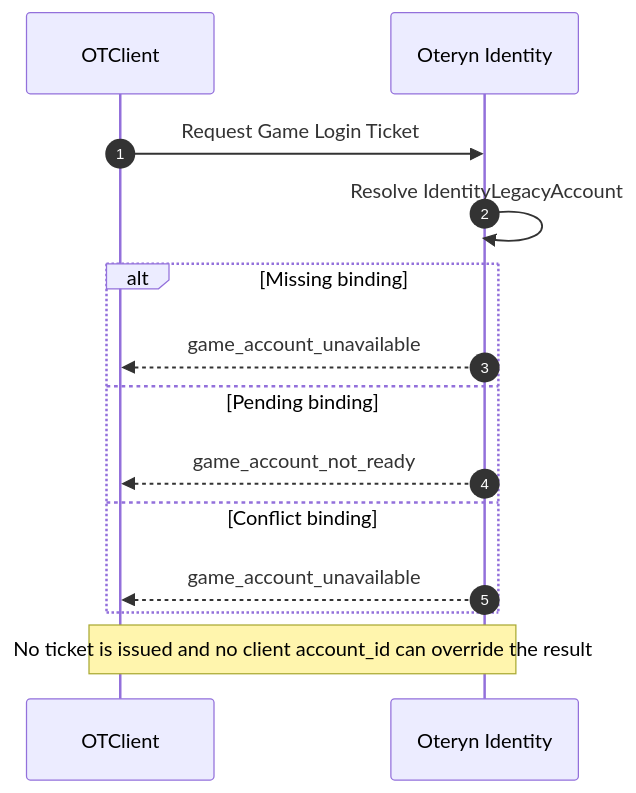
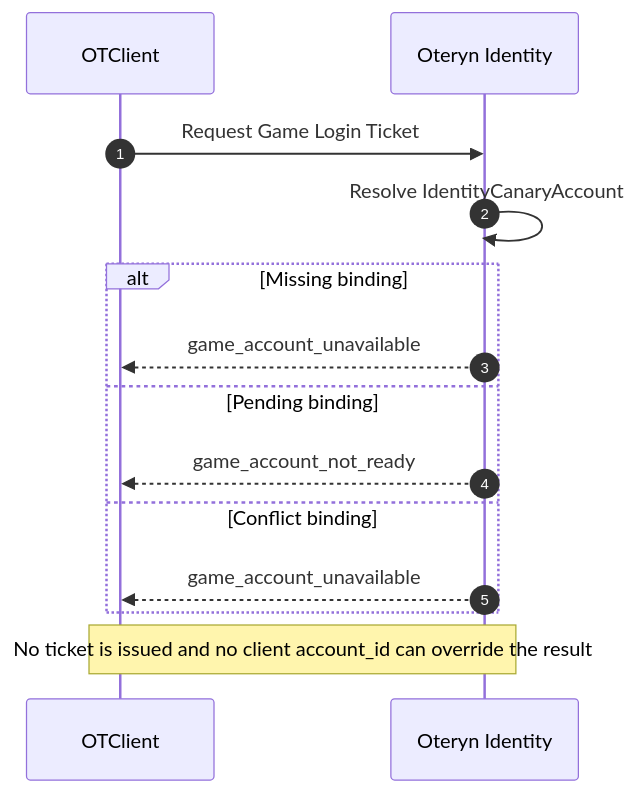
The ninth of 24 diagrams in docs/architecture/GAME_AUTH_SEQUENCE_DIAGRAMS.md (Oteryn/Oteryn-Platform), drawn with Mermaid before and after one commit. The commit also changed other lines of this file and 5 other files, not shown here.

````diff
--- a/docs/architecture/GAME_AUTH_SEQUENCE_DIAGRAMS.md
+++ b/docs/architecture/GAME_AUTH_SEQUENCE_DIAGRAMS.md
@@ -228,17 +228,17 @@
 ```mermaid
 sequenceDiagram
     autonumber
     participant C as OTClient
     participant I as Oteryn Identity
 
     C->>I: Request Game Login Ticket
-    I->>I: Resolve IdentityLegacyAccount
+    I->>I: Resolve IdentityCanaryAccount
     alt Missing binding
         I-->>C: game_account_unavailable
     else Pending binding
         I-->>C: game_account_not_ready
     else Conflict binding
         I-->>C: game_account_unavailable
     end
     Note over C,I: No ticket is issued and no client account_id can override the result
 ```
````
